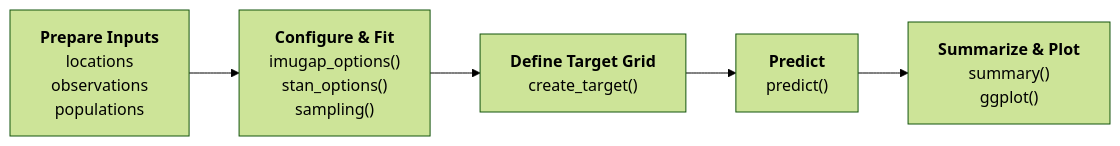
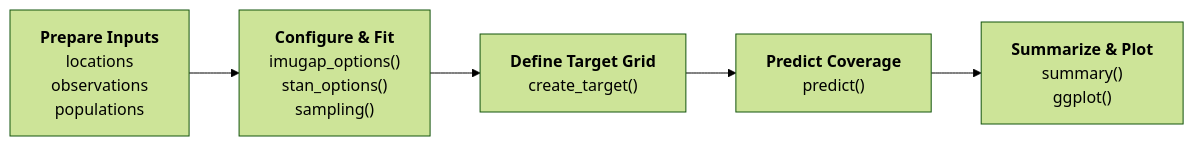
One commit to ACCIDDA/imuGAP changed the diagram in vignettes/figures/fit_predict_workflow.mmd. Above: the diagram before and after it, drawn with Mermaid (forest theme). The commit also changed 1 other file, not shown here.

```diff
--- a/vignettes/figures/fit_predict_workflow.mmd
+++ b/vignettes/figures/fit_predict_workflow.mmd
@@ -1,5 +1,5 @@
 flowchart LR
     A["<b>Prepare Inputs</b><br/>locations<br/>observations<br/>populations"] --> B["<b>Configure & Fit</b><br/>imugap_options()<br/>stan_options()<br/>sampling()"]
     B --> C["<b>Define Target Grid</b><br/>create_target()"]
-    C --> D["<b>Predict</b><br/>predict()"]
+    C --> D["<b>Predict Coverage</b><br/>predict()"]
     D --> E["<b>Summarize & Plot</b><br/>summary()<br/>ggplot()"]
```
